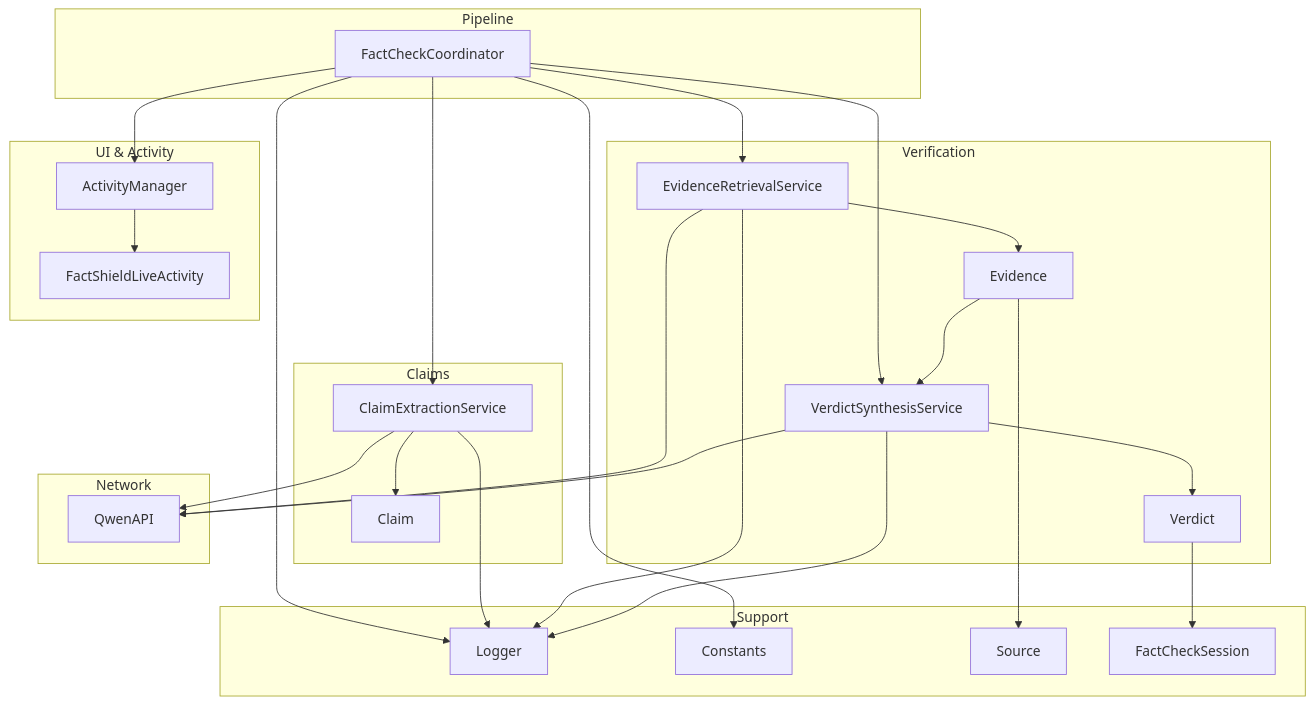
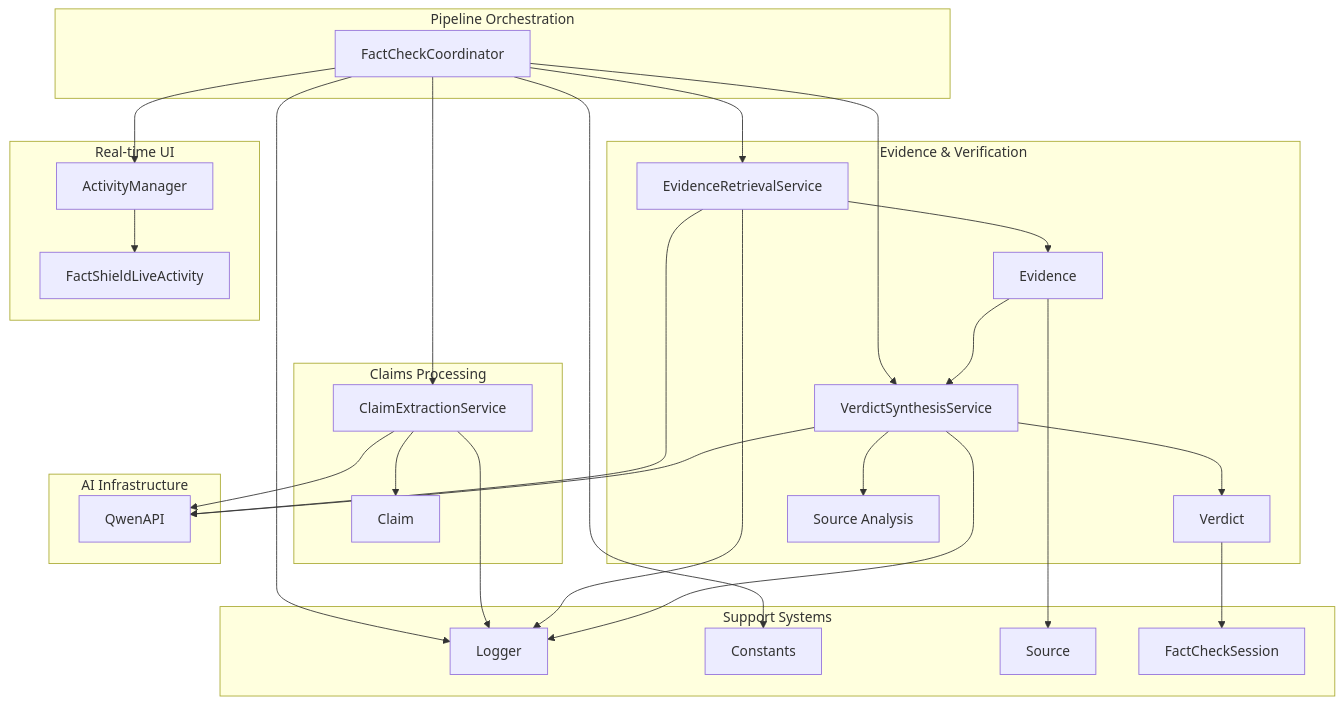
The first of 4 diagrams in .qoder/repowiki/en/content/Core Services/Verdict Synthesis.md (alexandreybasta-cyber/factshield-ios), drawn with Mermaid before and after one commit. The commit also changed other lines of this file and 97 other files, not shown here.

````diff
--- a/.qoder/repowiki/en/content/Core Services/Verdict Synthesis.md
+++ b/.qoder/repowiki/en/content/Core Services/Verdict Synthesis.md
@@ -45,48 +53,50 @@
 ```mermaid
 graph TB
-subgraph "Claims"
+subgraph "Claims Processing"
 CE["ClaimExtractionService"]
 CL["Claim"]
 end
-subgraph "Verification"
+subgraph "Evidence & Verification"
 ER["EvidenceRetrievalService"]
 EV["Evidence"]
 VS["VerdictSynthesisService"]
 VD["Verdict"]
+SA["Source Analysis"]
 end
-subgraph "Pipeline"
+subgraph "Pipeline Orchestration"
 FC["FactCheckCoordinator"]
 end
-subgraph "UI & Activity"
+subgraph "Real-time UI"
 AM["ActivityManager"]
 LA["FactShieldLiveActivity"]
 end
-subgraph "Network"
+subgraph "AI Infrastructure"
 QA["QwenAPI"]
 end
-subgraph "Support"
+subgraph "Support Systems"
 LG["Logger"]
 CT["Constants"]
 SX["Source"]
 FS["FactCheckSession"]
 end
 CE --> CL
 FC --> CE
 FC --> ER
 ER --> EV
 EV --> VS
 VS --> VD
+VS --> SA
 FC --> VS
 FC --> AM
 AM --> LA
 VS --> QA
 ER --> QA
 CE --> QA
 VD --> FS
 EV --> SX
 VS --> LG
 ER --> LG
 CE --> LG
 FC --> LG
 FC --> CT
 ```
````
